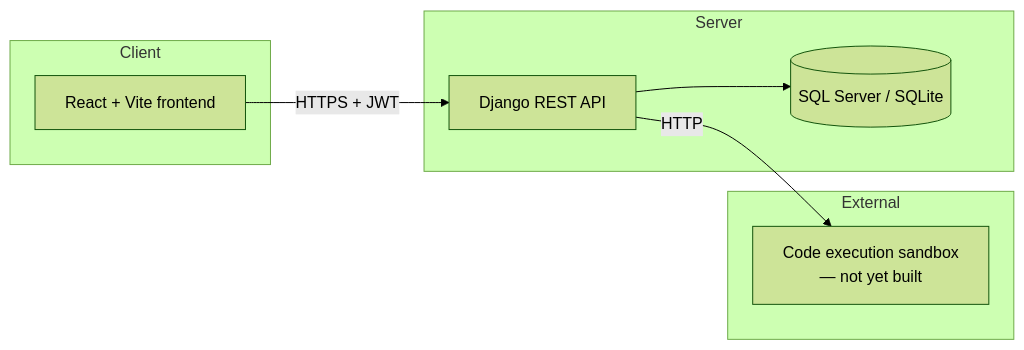
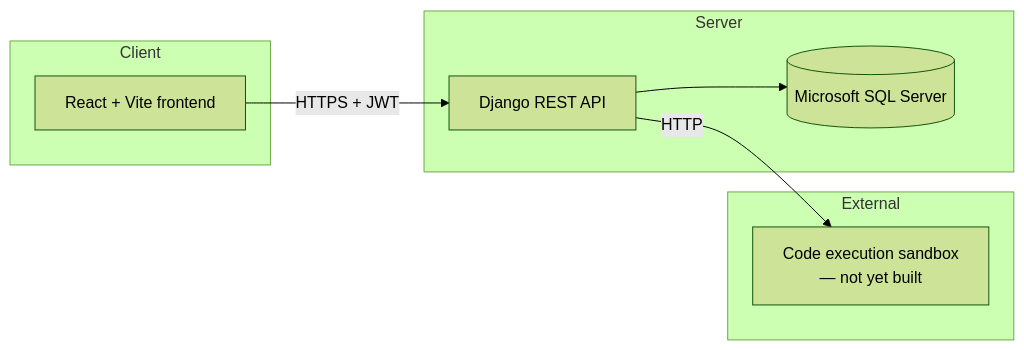
One commit to RachelK6/Faith- changed the first of 4 diagrams in docs/ARCHITECTURE.md. Above: the diagram before and after it, drawn with Mermaid (forest theme). The commit also changed other lines of this file and 236 other files, not shown here.

````diff
--- a/docs/ARCHITECTURE.md
+++ b/docs/ARCHITECTURE.md
@@ -5,19 +5,19 @@
 ```mermaid
 flowchart LR
     subgraph Client
         FE[React + Vite frontend]
     end
 
     subgraph Server
         API[Django REST API]
-        DB[(SQL Server / SQLite)]
+        DB[(Microsoft SQL Server)]
     end
 
     subgraph External
         SANDBOX[Code execution sandbox\n— not yet built]
     end
 
     FE -->|HTTPS + JWT| API
     API --> DB
     API -->|HTTP| SANDBOX
 ```
````
